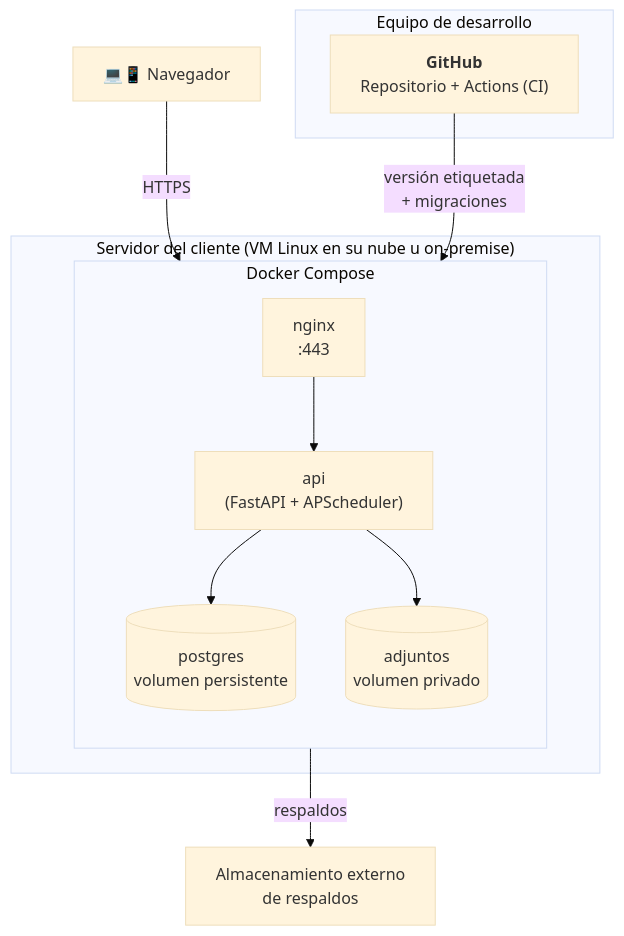
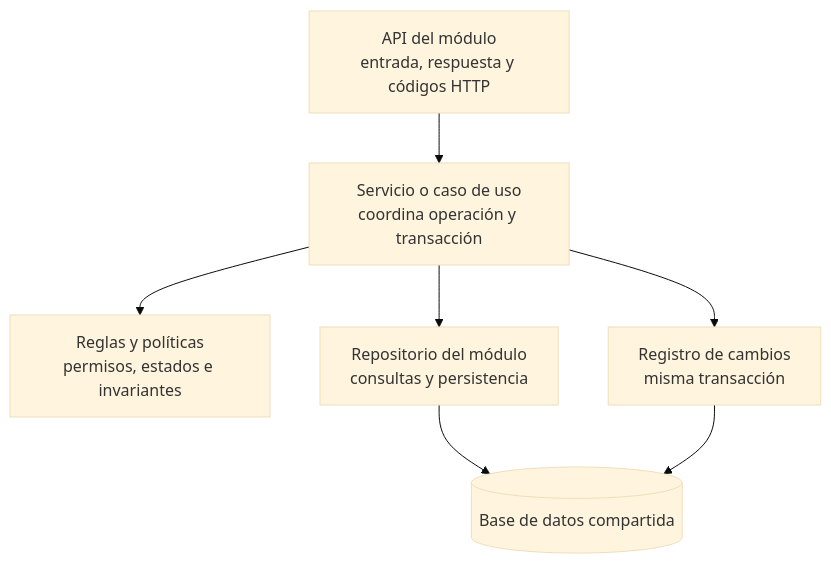
Before and after one commit to FabianReyna17/ProjectManagement: the fourth of 5 diagrams in docs/Arquitectura_Gestion_Proyectos.md, drawn with Mermaid (base theme). The commit also changed other lines of this file and 6 other files, not shown here.

````diff
--- a/docs/Arquitectura_Gestion_Proyectos.md
+++ b/docs/Arquitectura_Gestion_Proyectos.md
@@ -237,26 +125,9 @@
 ```mermaid
 flowchart TB
-    subgraph DEV["Equipo de desarrollo"]
-        gh["<b>GitHub</b><br/>Repositorio + Actions (CI)"]
-    end
-
-    subgraph CLIENTE["Servidor del cliente (VM Linux en su nube u on-premise)"]
-        subgraph DOCKER["Docker Compose"]
-            direction TB
-            nginx["nginx<br/>:443"]
-            apiN["api<br/>(FastAPI + APScheduler)"]
-            pg[("postgres<br/>volumen persistente")]
-            vol[("adjuntos<br/>volumen privado")]
-        end
-    end
-
-    navegador["💻📱 Navegador"]
-    offsite["Almacenamiento externo<br/>de respaldos"]
-
-    gh -- "versión etiquetada<br/>+ migraciones" --> DOCKER
-    navegador -- "HTTPS" --> nginx
-    nginx --> apiN
-    apiN --> pg
-    apiN --> vol
-    apiN -- "respaldos" --> offsite
+    ruta["API del módulo<br/>entrada, respuesta y códigos HTTP"] --> servicio["Servicio o caso de uso<br/>coordina operación y transacción"]
+    servicio --> reglas["Reglas y políticas<br/>permisos, estados e invariantes"]
+    servicio --> repo["Repositorio del módulo<br/>consultas y persistencia"]
+    repo --> db[("Base de datos compartida")]
+    servicio --> auditoria["Registro de cambios<br/>misma transacción"]
+    auditoria --> db
 ```
````
